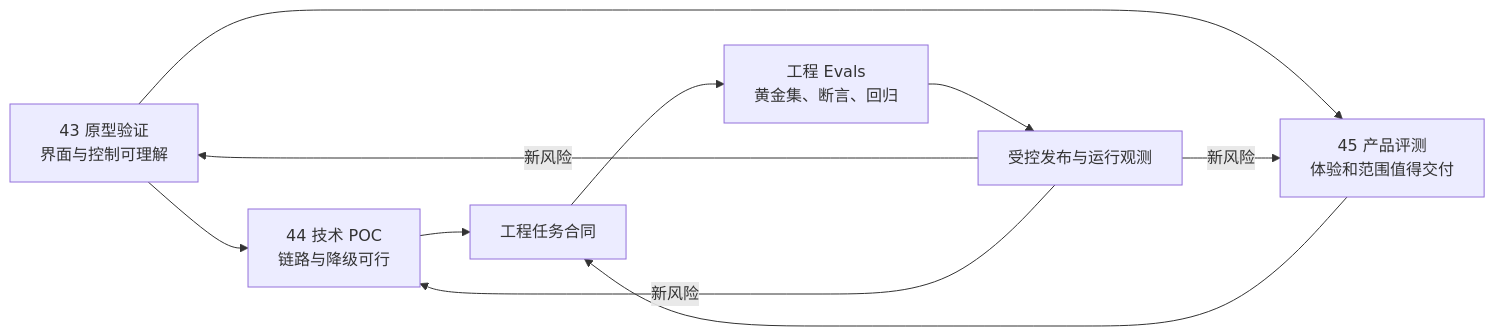
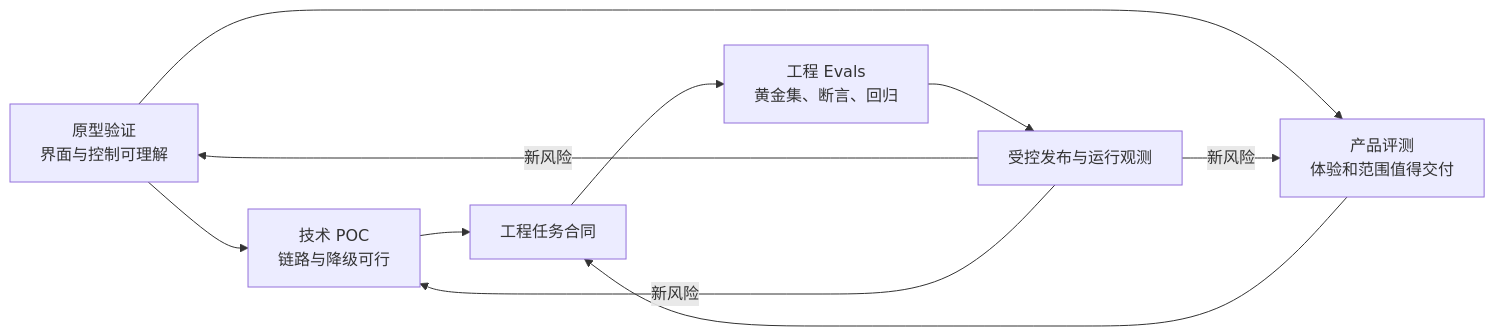
One commit to weiz98417-crypto/qiuqiu changed diagram 15 of 16 in docs/球球全套资料/4.产品设计/44-关键技术POC与方案选型.md. Above: the diagram before and after it, drawn with Mermaid. The commit also changed other lines of this file and 49 other files, not shown here.

````diff
--- a/docs/球球全套资料/4.产品设计/44-关键技术POC与方案选型.md
+++ b/docs/球球全套资料/4.产品设计/44-关键技术POC与方案选型.md
@@ -248,12 +259,12 @@
 ```mermaid
 flowchart LR
-    P[43 原型验证<br/>界面与控制可理解] --> T[44 技术 POC<br/>链路与降级可行]
-    P --> U[45 产品评测<br/>体验和范围值得交付]
+    P[原型验证<br/>界面与控制可理解] --> T[技术 POC<br/>链路与降级可行]
+    P --> U[产品评测<br/>体验和范围值得交付]
     T --> E[工程任务合同]
     U --> E
     E --> V[工程 Evals<br/>黄金集、断言、回归]
     V --> R[受控发布与运行观测]
     R -->|新风险| P
     R -->|新风险| T
     R -->|新风险| U
 ```
````
